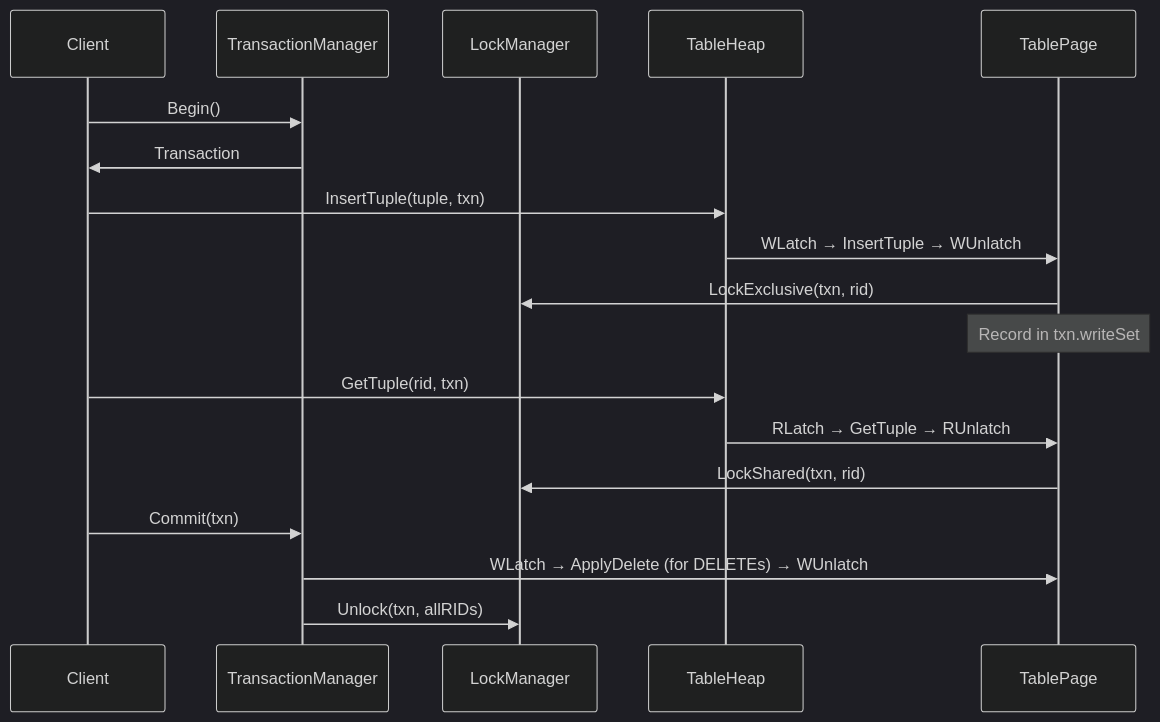
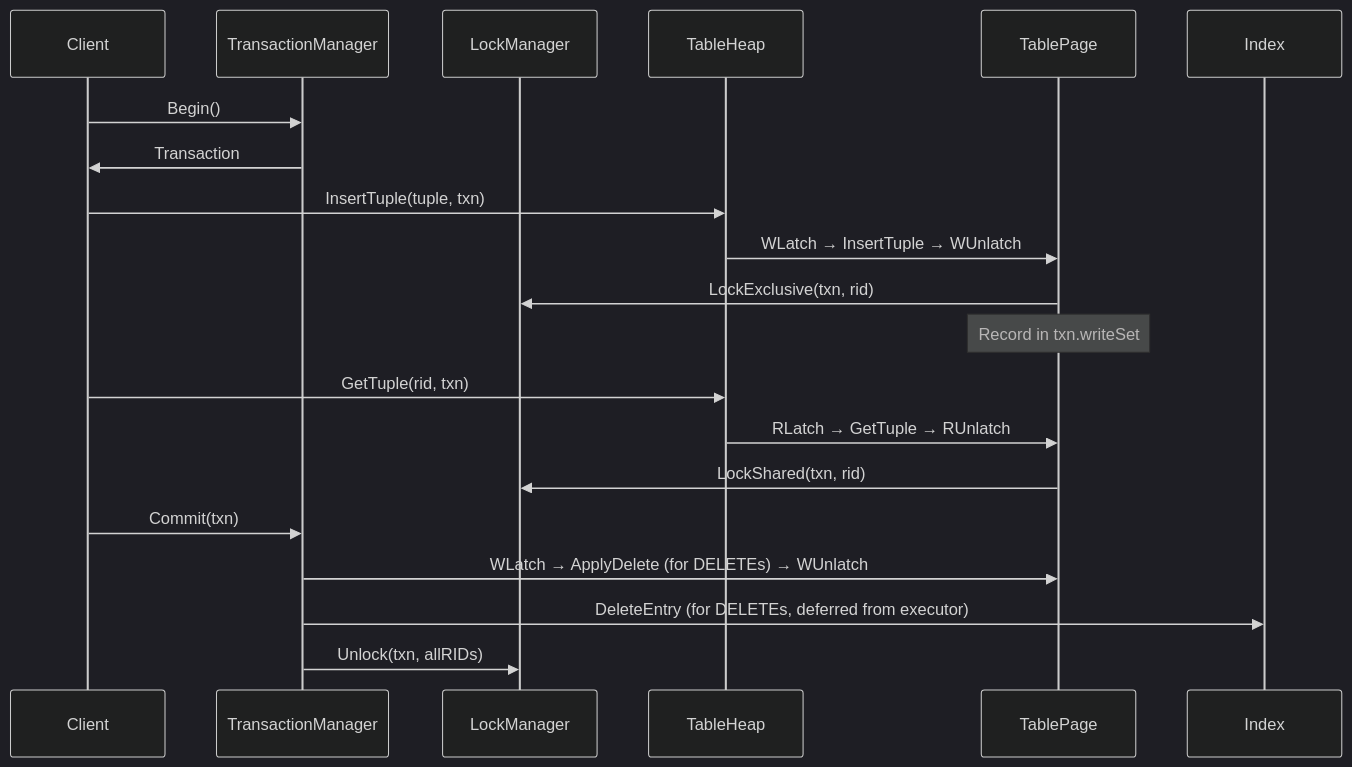
One commit to ryogrid/SamehadaDB changed the second of 2 diagrams in impl_docs/about_cc/00_overview.md. Above: the diagram before and after it, drawn with Mermaid (dark theme). The commit also changed other lines of this file and 14 other files, not shown here.

````diff
--- a/impl_docs/about_cc/00_overview.md
+++ b/impl_docs/about_cc/00_overview.md
@@ -103,24 +103,25 @@
 ```mermaid
 sequenceDiagram
     participant Client
     participant TM as TransactionManager
     participant LM as LockManager
     participant TH as TableHeap
     participant Page as TablePage
 
     Client->>TM: Begin()
     TM->>Client: Transaction
 
     Client->>TH: InsertTuple(tuple, txn)
     TH->>Page: WLatch → InsertTuple → WUnlatch
     Page->>LM: LockExclusive(txn, rid)
     Note over Page: Record in txn.writeSet
 
     Client->>TH: GetTuple(rid, txn)
     TH->>Page: RLatch → GetTuple → RUnlatch
     Page->>LM: LockShared(txn, rid)
 
     Client->>TM: Commit(txn)
     TM->>Page: WLatch → ApplyDelete (for DELETEs) → WUnlatch
+    TM->>Index: DeleteEntry (for DELETEs, deferred from executor)
     TM->>LM: Unlock(txn, allRIDs)
 ```
````
